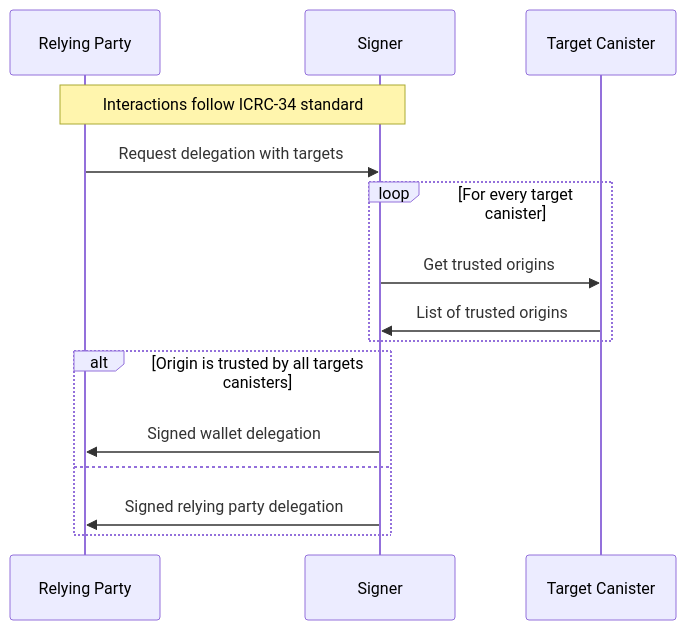
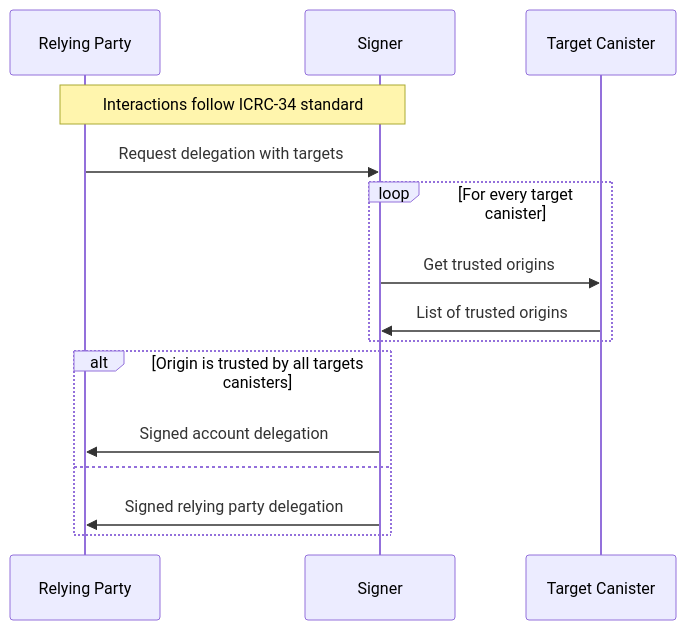
The diagram in topics/icrc_28_trusted_origins.md (dfinity/wg-identity-authentication), drawn with Mermaid before and after one commit.

Commit message:
rename to account delegation

````diff
--- a/topics/icrc_28_trusted_origins.md
+++ b/topics/icrc_28_trusted_origins.md
@@ -53,17 +53,17 @@
 ```mermaid
 sequenceDiagram
     participant RP as Relying Party
     participant S as Signer
     participant C as Target Canister
     Note over RP, S: Interactions follow ICRC-34 standard
     RP ->> S: Request delegation with targets
     loop For every target canister
         S ->> C: Get trusted origins
         C ->> S: List of trusted origins
     end
     alt Origin is trusted by all targets canisters
-        S ->> RP: Signed wallet delegation
+        S ->> RP: Signed account delegation
     else
         S ->> RP: Signed relying party delegation
     end
 ```
````
